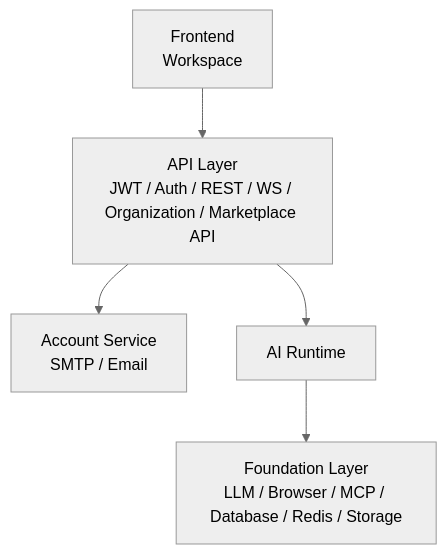
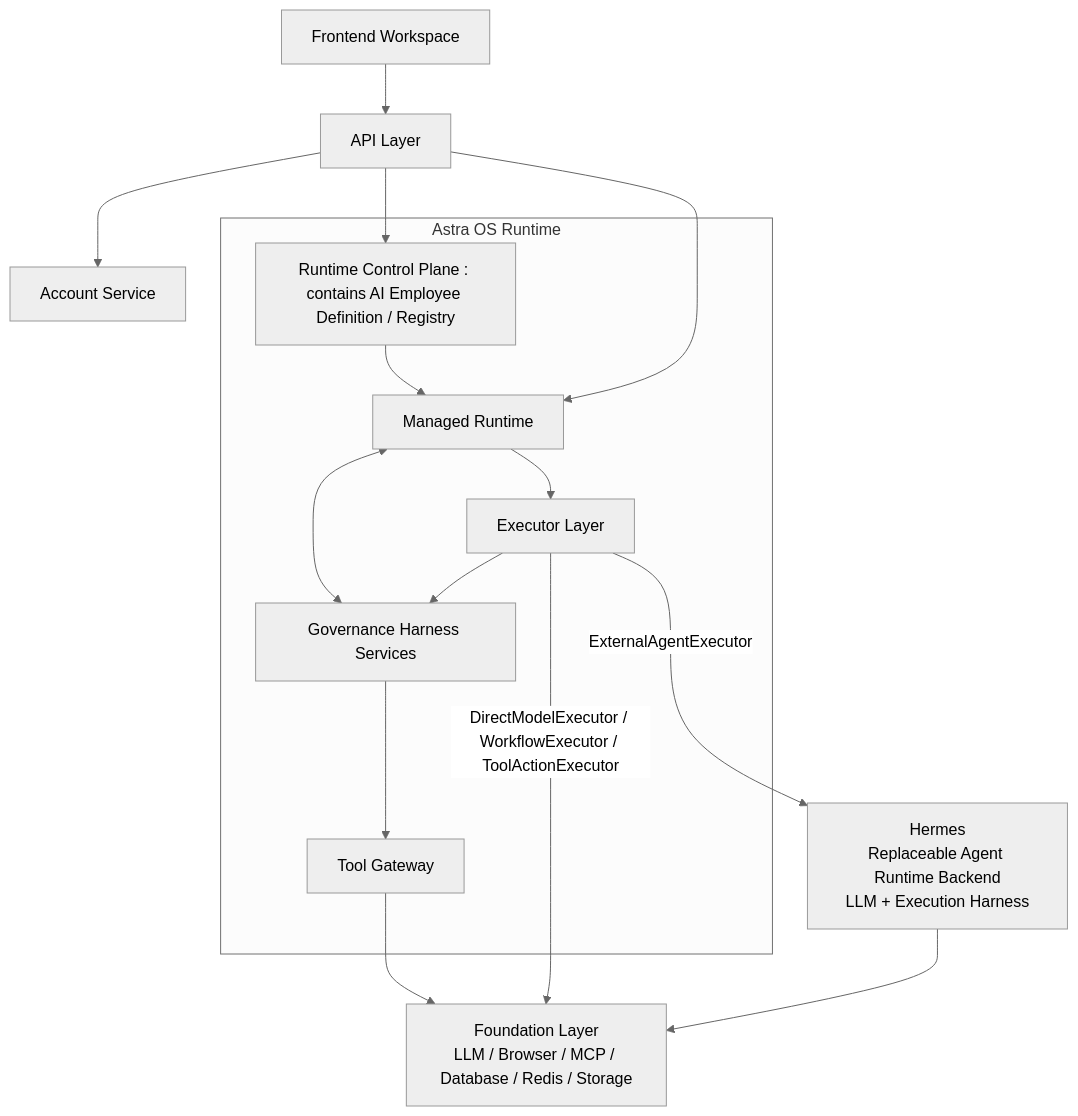
One commit to suberking0212/Astra-OS changed the diagram in docs/Chinese/mvp/ARCHITECTURE_BASELINE.md. Above: the diagram before and after it, drawn with Mermaid (neutral theme). The commit also changed other lines of this file and 28 other files, not shown here.

````diff
--- a/docs/Chinese/mvp/ARCHITECTURE_BASELINE.md
+++ b/docs/Chinese/mvp/ARCHITECTURE_BASELINE.md
@@ -21,8 +29,35 @@
 ```mermaid
-flowchart TD
-  FE[Frontend<br/>Workspace] --> API[API Layer<br/>JWT / Auth / REST / WS / Organization / Marketplace API]
-  API --> ACCT[Account Service<br/>SMTP / Email]
-  API --> RT[AI Runtime]
-  RT --> FD
-  FD[Foundation Layer<br/>LLM / Browser / MCP / Database / Redis / Storage]
+flowchart TB
+
+    FE[Frontend Workspace]
+    API[API Layer]
+    ACCOUNT[Account Service]
+
+    subgraph ASTRA["Astra OS Runtime"]
+        CP[Runtime Control Plane : contains AI Employee Definition / Registry]
+        GH[Governance Harness Services]
+        MR[Managed Runtime]
+        EX[Executor Layer]
+        TG[Tool Gateway]
+
+        CP --> MR
+        MR <--> GH
+        MR --> EX
+        EX --> GH
+        GH --> TG
+    end
+
+    HERMES[Hermes<br/>Replaceable Agent Runtime Backend<br/>LLM + Execution Harness]
+
+    FOUNDATION[Foundation Layer<br/>LLM / Browser / MCP / Database / Redis / Storage]
+
+    FE --> API
+    API --> ACCOUNT
+    API --> CP
+    API --> MR
+
+    EX -->|DirectModelExecutor / WorkflowExecutor / ToolActionExecutor| FOUNDATION
+    EX -->|ExternalAgentExecutor| HERMES
+    TG --> FOUNDATION
+    HERMES --> FOUNDATION
 ```
````
